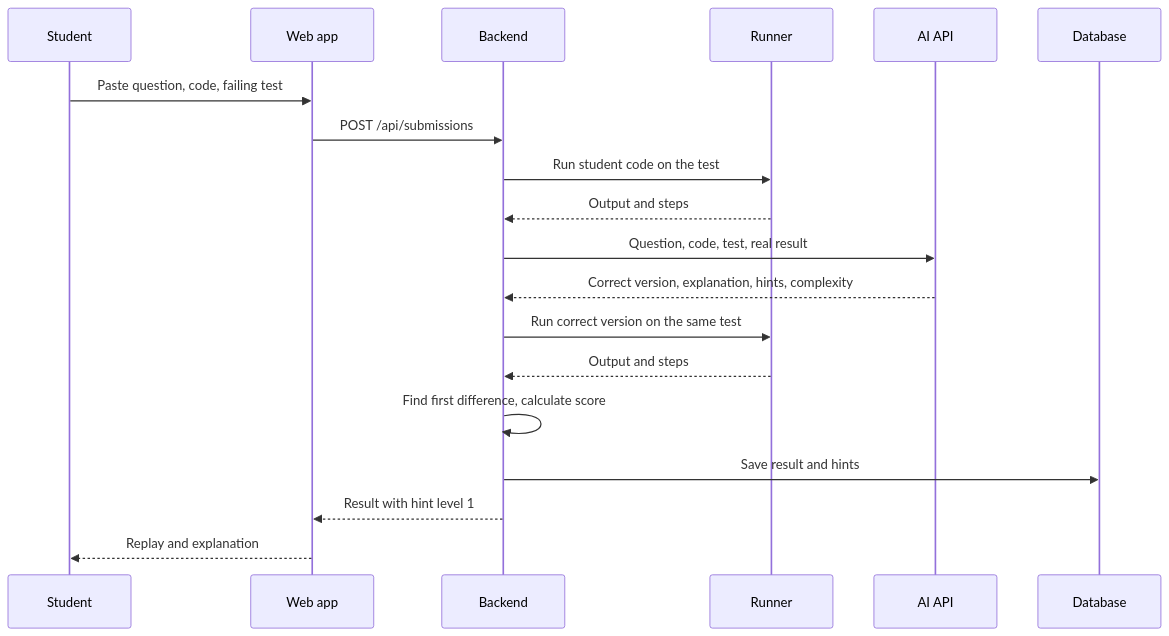
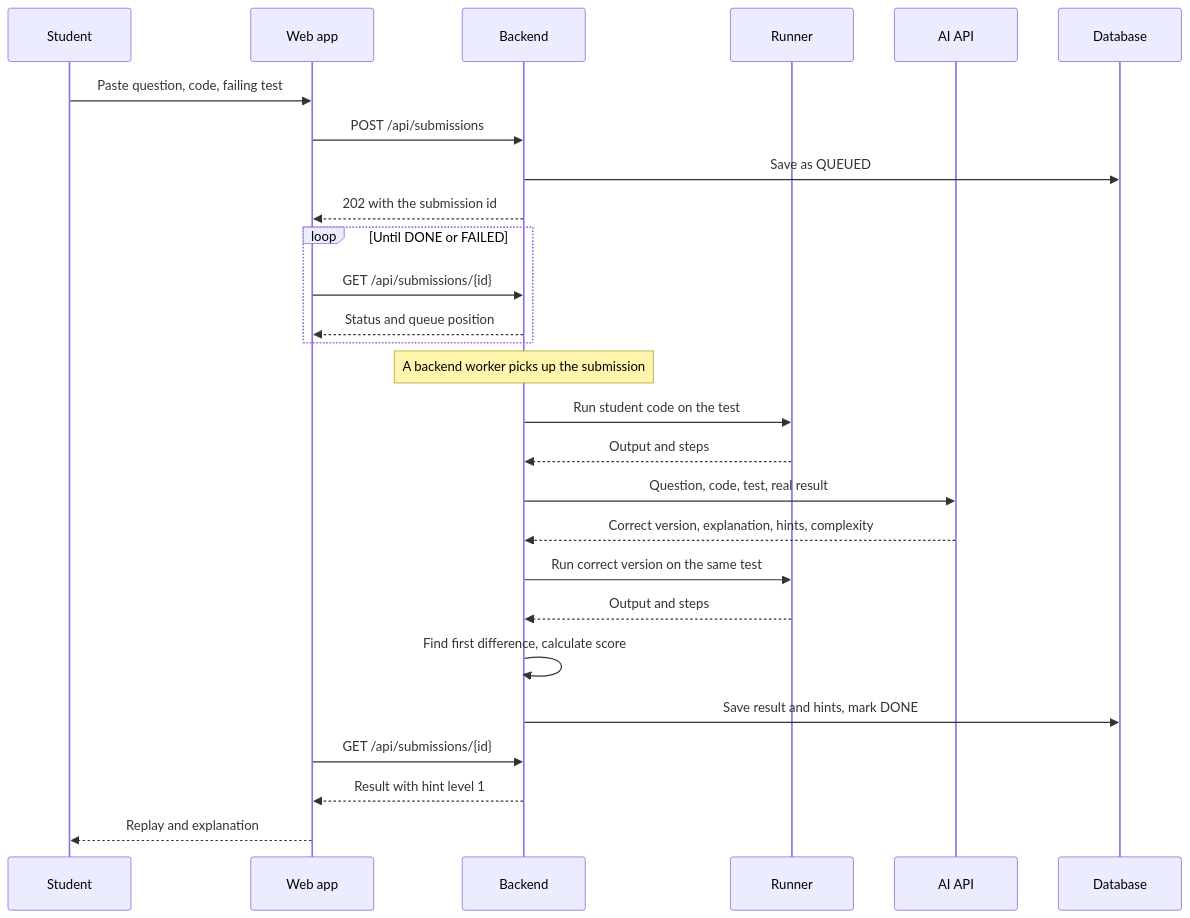
Before and after one commit to Anujpal-15th/ai-code-review-platform: the second of 3 diagrams in docs/architecture.md, drawn with Mermaid. The commit also changed other lines of this file and 4 other files, not shown here.

Commit message:
docs: update status, flow, limits and run variables

````diff
--- a/docs/architecture.md
+++ b/docs/architecture.md
@@ -37,21 +37,29 @@
 ```mermaid
 sequenceDiagram
     participant S as Student
     participant F as Web app
     participant B as Backend
     participant R as Runner
     participant AI as AI API
     participant DB as Database
     S->>F: Paste question, code, failing test
     F->>B: POST /api/submissions
+    B->>DB: Save as QUEUED
+    B-->>F: 202 with the submission id
+    loop Until DONE or FAILED
+        F->>B: GET /api/submissions/{id}
+        B-->>F: Status and queue position
+    end
+    Note over B: A backend worker picks up the submission
     B->>R: Run student code on the test
     R-->>B: Output and steps
     B->>AI: Question, code, test, real result
     AI-->>B: Correct version, explanation, hints, complexity
     B->>R: Run correct version on the same test
     R-->>B: Output and steps
     B->>B: Find first difference, calculate score
-    B->>DB: Save result and hints
+    B->>DB: Save result and hints, mark DONE
+    F->>B: GET /api/submissions/{id}
     B-->>F: Result with hint level 1
     F-->>S: Replay and explanation
 ```
````
